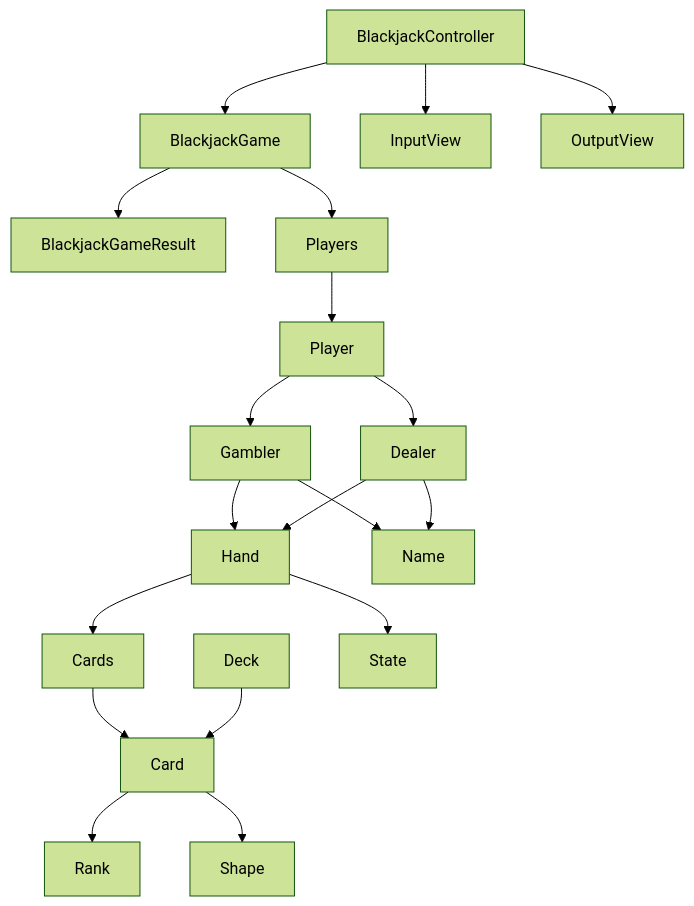
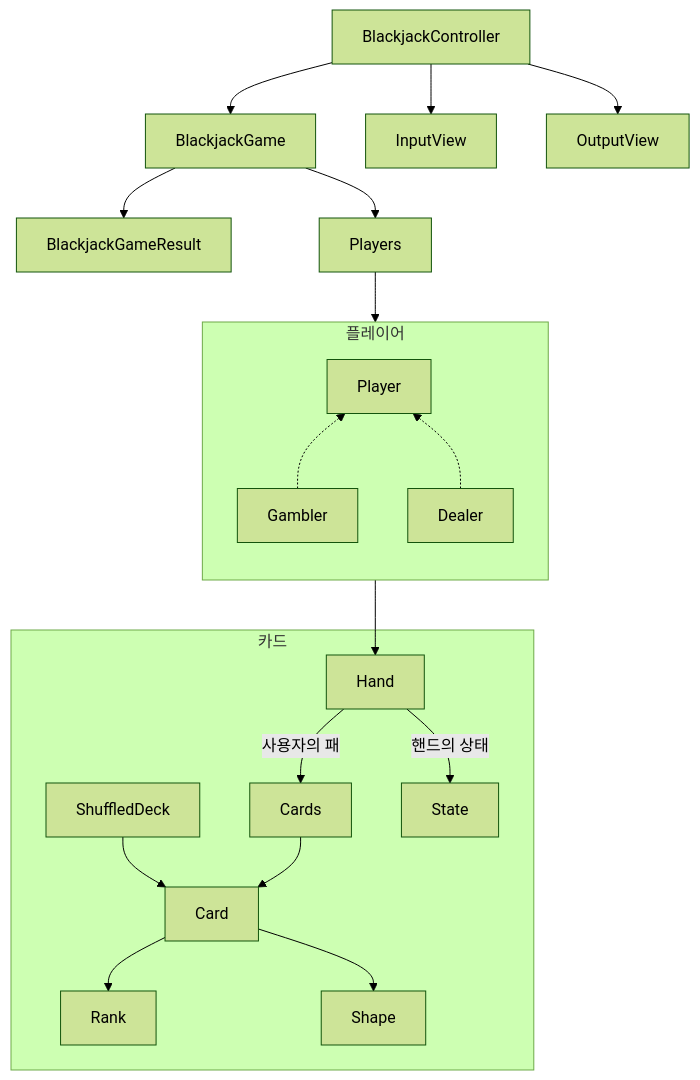
The diagram in README.md (woowacourse/java-blackjack), drawn with Mermaid (forest theme) before and after one commit.

Commit message:
docs: 의존성 다이어그램 가독성 개선

````diff
--- a/README.md
+++ b/README.md
@@ -11,27 +11,26 @@
 ```mermaid
-flowchart
-    Card --> Rank
-    Card --> Shape
-
-    Cards --> Card
-
-    Deck --> Card
-
-    BlackjackGame --> BlackjackGameResult
-
+flowchart TD
     BlackjackController --> BlackjackGame
     BlackjackController --> InputView
     BlackjackController --> OutputView
 
-    Players --> Player
-    Player --> Gambler --> Hand
-    Player --> Dealer --> Hand
+    BlackjackGame --> BlackjackGameResult
+    BlackjackGame --> Players
 
-    Hand --> Cards
-    Hand --> State
+    subgraph 카드
+        ShuffledDeck --> Card
+        Card --> Rank
+        Card --> Shape
+        Cards --> Card
+        Hand -- 사용자의 패 --> Cards
+        Hand -- 핸드의 상태 --> State
+    end
 
-    Gambler --> Name
-    Dealer --> Name
+    Players --> 플레이어 --> Hand
 
-    BlackjackGame --> Players
+    subgraph 플레이어
+        direction BT
+        Gambler -.-> Player
+        Dealer -.-> Player
+    end
 ```
````
